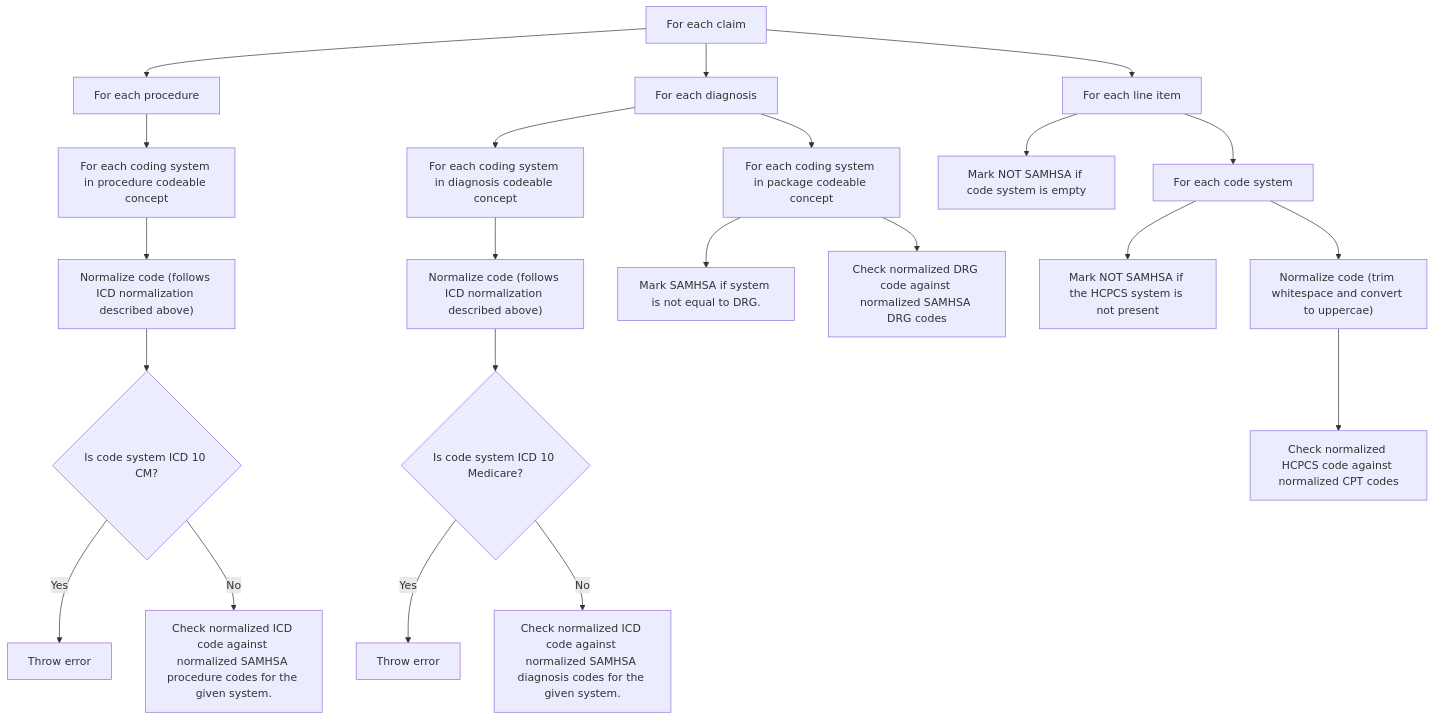
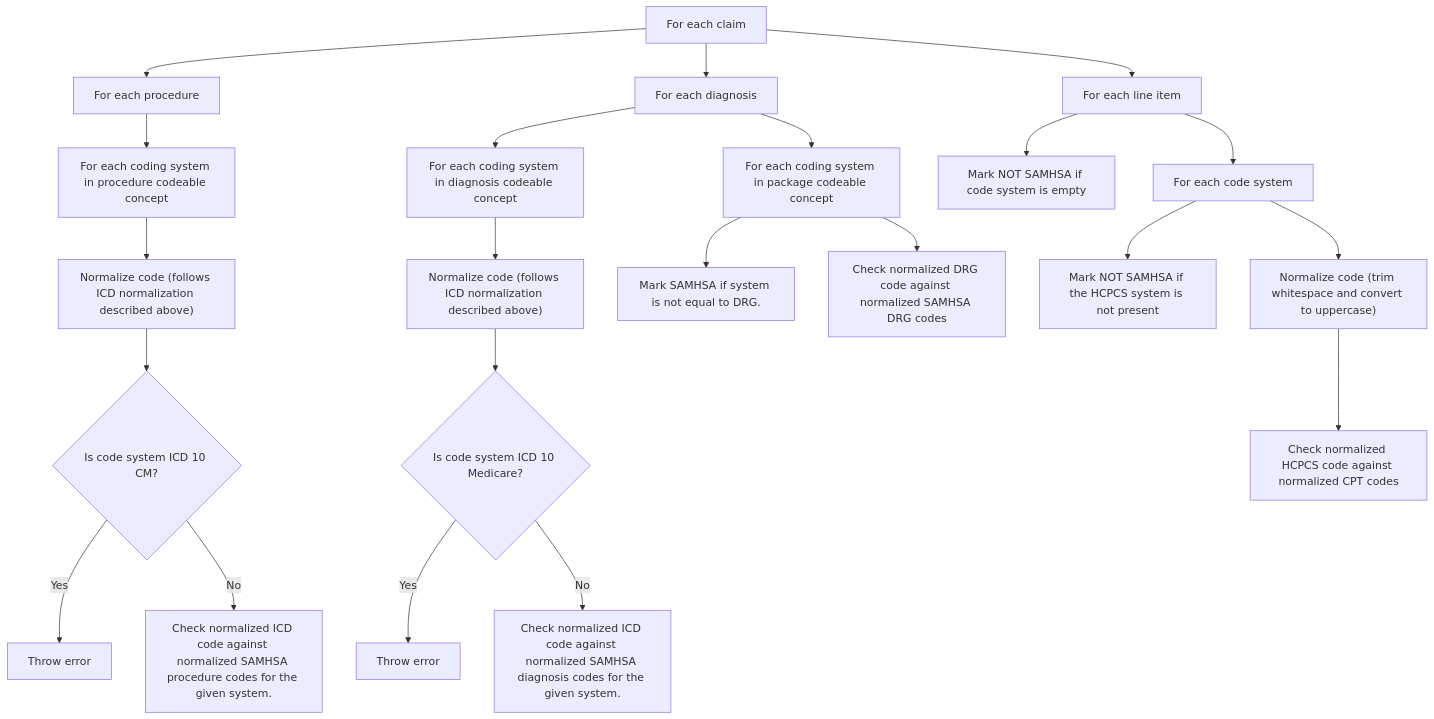
One commit to CMSgov/beneficiary-fhir-data changed the first of 2 diagrams in samhsa_matcher.md. Above: the diagram before and after it, drawn with Mermaid. The commit also changed other lines of this file, not shown here.

````diff
--- a/samhsa_matcher.md
+++ b/samhsa_matcher.md
@@ -51,46 +51,46 @@
 ```mermaid
 flowchart TD
     id0["For each claim"]
     id1["For each procedure"]
     id2["For each coding system in procedure codeable concept"]
     id3["Normalize code (follows ICD normalization described above)"]
     id4{"Is code system ICD 10 CM?"}
     id5["Throw error"]
     id6["Check normalized ICD code against normalized SAMHSA procedure codes for the given system."]
 
     id7["For each diagnosis"]
     id8["For each coding system in diagnosis codeable concept"]
     id9["Normalize code (follows ICD normalization described above)"]
     id10{"Is code system ICD 10 Medicare?"}
     id11["Throw error"]
     id12["Check normalized ICD code against normalized SAMHSA diagnosis codes for the given system."]
     id13["For each coding system in package codeable concept"]
     id14["Mark SAMHSA if system is not equal to DRG."]
     id15["Check normalized DRG code against normalized SAMHSA DRG codes"]
 
     id16["For each line item"]
     id17["Mark NOT SAMHSA if code system is empty"]
     id18["For each code system"]
     id19["Mark NOT SAMHSA if the HCPCS system is not present"]
-    id20["Normalize code (trim whitespace and convert to uppercae)"]
+    id20["Normalize code (trim whitespace and convert to uppercase)"]
     id21["Check normalized HCPCS code against normalized CPT codes"]
 
     id0 --> id1
     id0 --> id7
     id0 --> id16
     id1 --> id2 --> id3 --> id4
     id4 -->|Yes| id5 
     id4 -->|No| id6
 
     id7 --> id8 --> id9 --> id10
     id10 -->|Yes| id11
     id10 -->|No| id12
     id7 --> id13
     id13 --> id14
     id13 --> id15
 
     id16 --> id17
     id16 --> id18
     id18 --> id19
     id18 --> id20 --> id21
 ```
````
